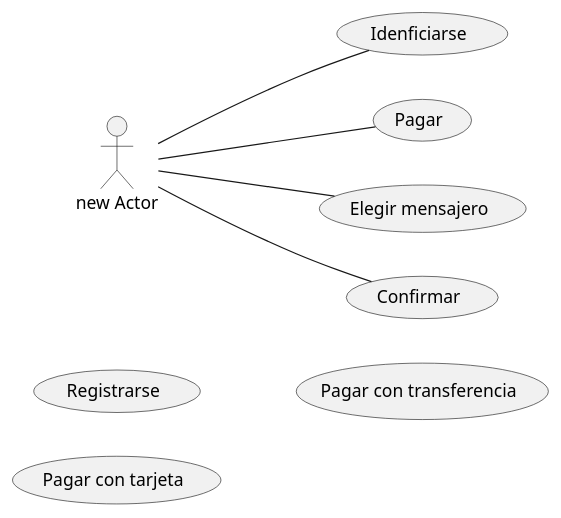
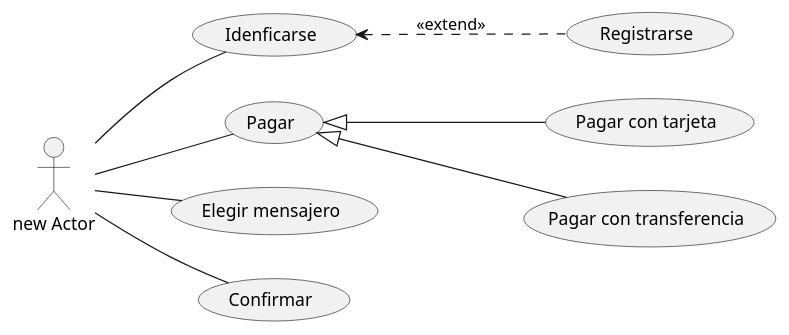
The diagram in src/uml2.puml (RikaMzHyde/PracticaClasesUsoPlantUml), drawn with PlantUML before and after one commit.

Commit message:
Finalizamos con el ejemplo de "Tienda de Internet"

```diff
--- a/src/uml2.puml
+++ b/src/uml2.puml
@@ -1,10 +1,11 @@
 @startuml
 left to right direction
-:new Actor: -- (Idenficiarse)
+:new Actor: -- (Idenficarse)
 :new Actor: -- (Pagar)
 :new Actor: -- (Elegir mensajero)
 :new Actor: -- (Confirmar)
-(Registrarse)
-(Pagar con tarjeta)
-(Pagar con transferencia)
+(Pagar) <|-- (Pagar con tarjeta)
+(Pagar) <|-- (Pagar con transferencia)
+(Idenficarse) <.. (Registrarse) : <<extend>>
+
 @enduml
```
